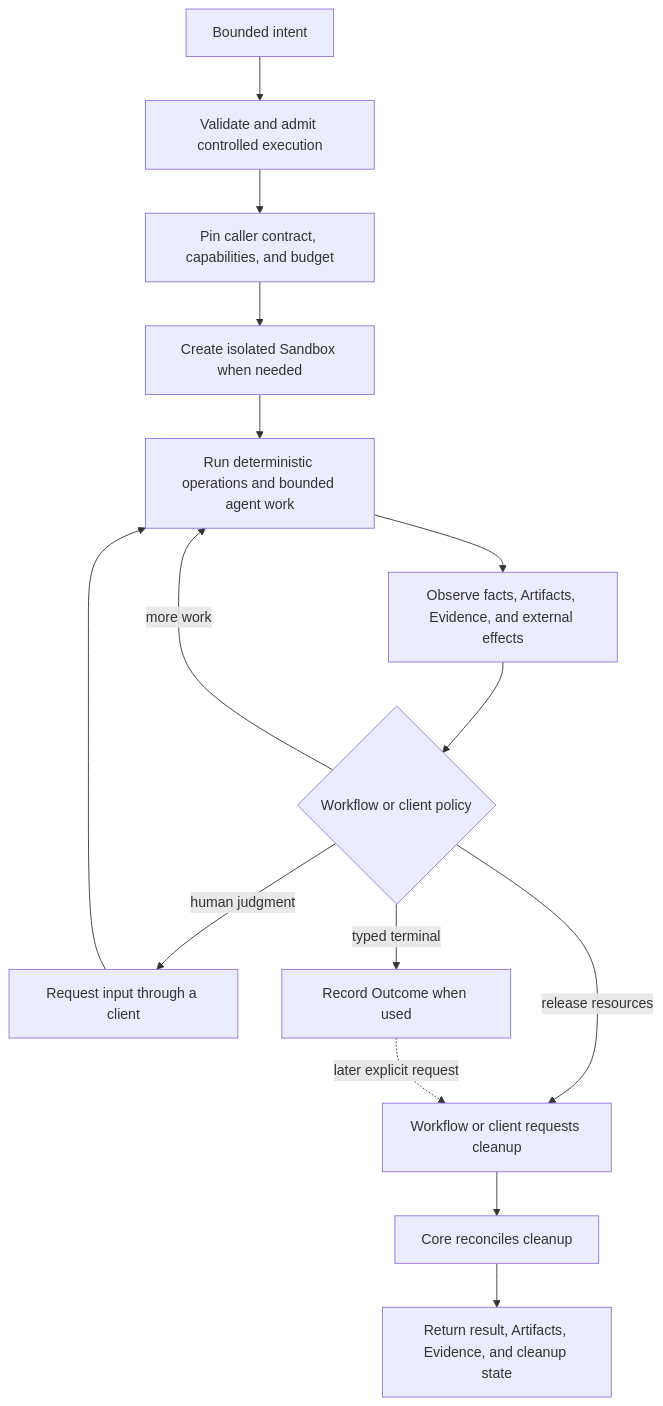
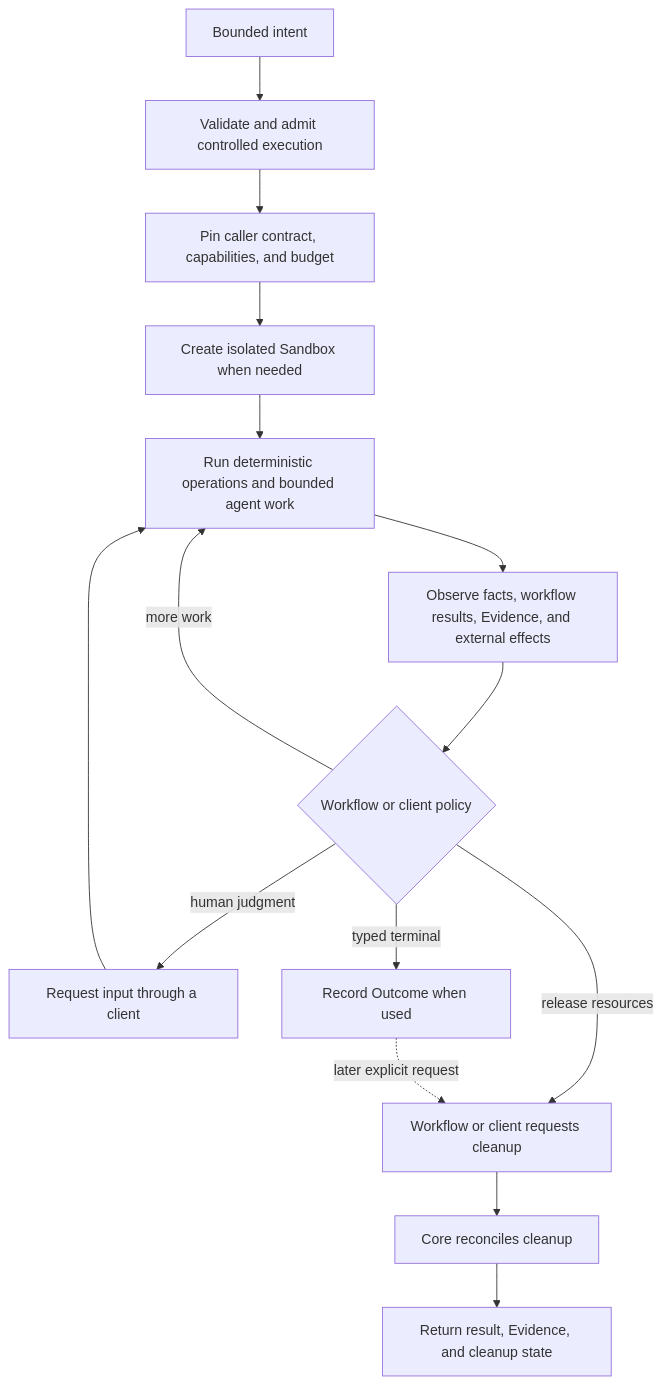
Before and after one commit to aphronio/dorf: the diagram in docs/project/north-star.md, drawn with Mermaid. The commit also changed other lines of this file and 52 other files, not shown here.

````diff
--- a/docs/project/north-star.md
+++ b/docs/project/north-star.md
@@ -106,17 +106,17 @@
 ```mermaid
 flowchart TD
     Intent["Bounded intent"] --> Admit["Validate and admit controlled execution"]
     Admit --> Contract["Pin caller contract, capabilities, and budget"]
     Contract --> Sandbox["Create isolated Sandbox when needed"]
     Sandbox --> Work["Run deterministic operations and bounded agent work"]
-    Work --> Observe["Observe facts, Artifacts, Evidence, and external effects"]
+    Work --> Observe["Observe facts, workflow results, Evidence, and external effects"]
     Observe --> Decide{"Workflow or client policy"}
     Decide -->|"more work"| Work
     Decide -->|"human judgment"| Attention["Request input through a client"]
     Attention --> Work
     Decide -->|"typed terminal"| Outcome["Record Outcome when used"]
     Decide -->|"release resources"| RequestCleanup
     Outcome -.->|"later explicit request"| RequestCleanup["Workflow or client requests cleanup"]
     RequestCleanup --> Cleanup["Core reconciles cleanup"]
-    Cleanup --> Receipt["Return result, Artifacts, Evidence, and cleanup state"]
+    Cleanup --> Receipt["Return result, Evidence, and cleanup state"]
 ```
````
